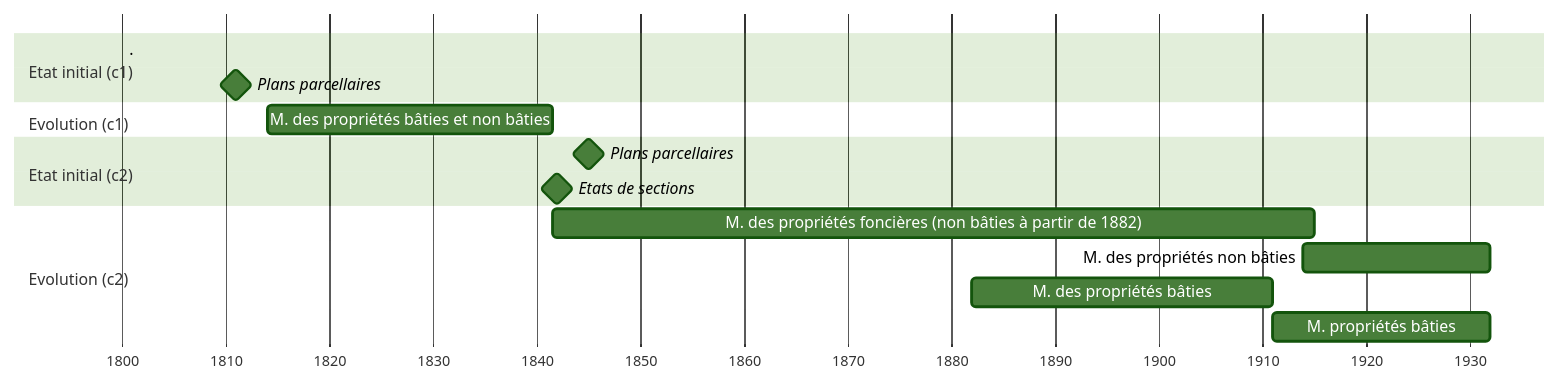
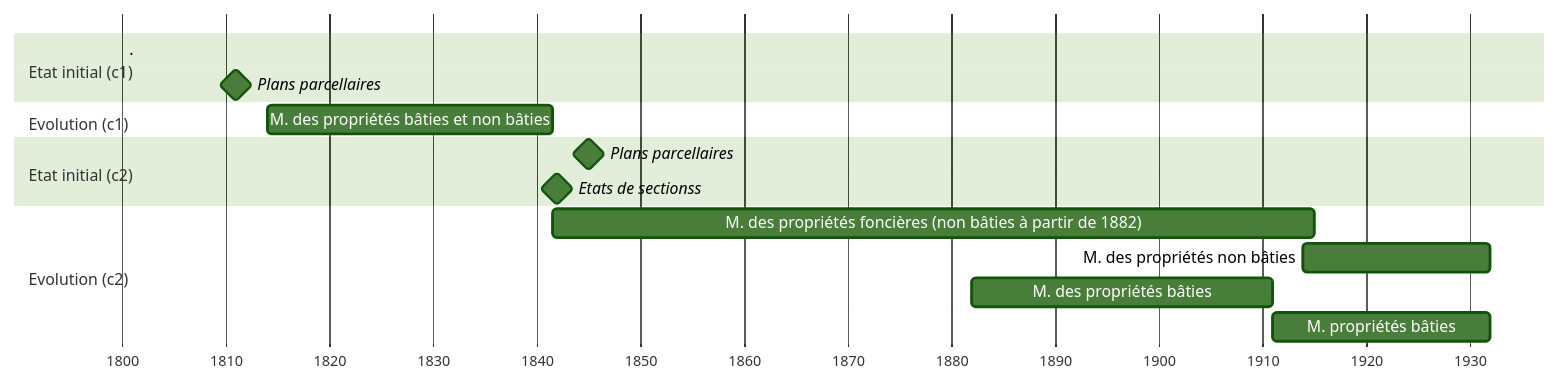
Before and after one commit to solenn-tl/cadastre-sfo: the first of 4 diagrams in slides/p1.qmd, drawn with Mermaid (forest theme). The commit also changed other lines of this file and 289 other files, not shown here.

````diff
--- a/slides/p1.qmd
+++ b/slides/p1.qmd
@@ -195,23 +176,23 @@
 ```{mermaid}
 gantt
     dateFormat YYYY-MM-DD
     axisFormat %Y
     tickInterval 10year
 
     section Etat initial (c1)
     .                          :debut, 1800-01-01, 0d
     Plans parcellaires         :milestone, plan, 1811-01-01, 0d
 
     section Evolution (c1)
     M. des propriétés bâties et non bâties :mat1, 1814-01-01, 1841-06-30
 
     section Etat initial (c2)
     Plans parcellaires       :milestone, plan2, 1845-01-01, 0d
-    Etats de sections          :milestone, etat2, 1842-01-01, 0d
+    Etats de sectionss          :milestone, etat2, 1842-01-01, 0d
 
     section Evolution (c2)
     M. des propriétés foncières (non bâties à partir de 1882) :mat2, 1841-07-01, 1914-12-31
     M. des propriétés non bâties                 :mat3, 1914-01-01, 1931-12-31
     M. des propriétés bâties                                  :mat4, 1882-01-01, 1910-12-31
     M. propriétés bâties                                  :mat5, 1911-01-01, 1931-12-31
 ```
````
